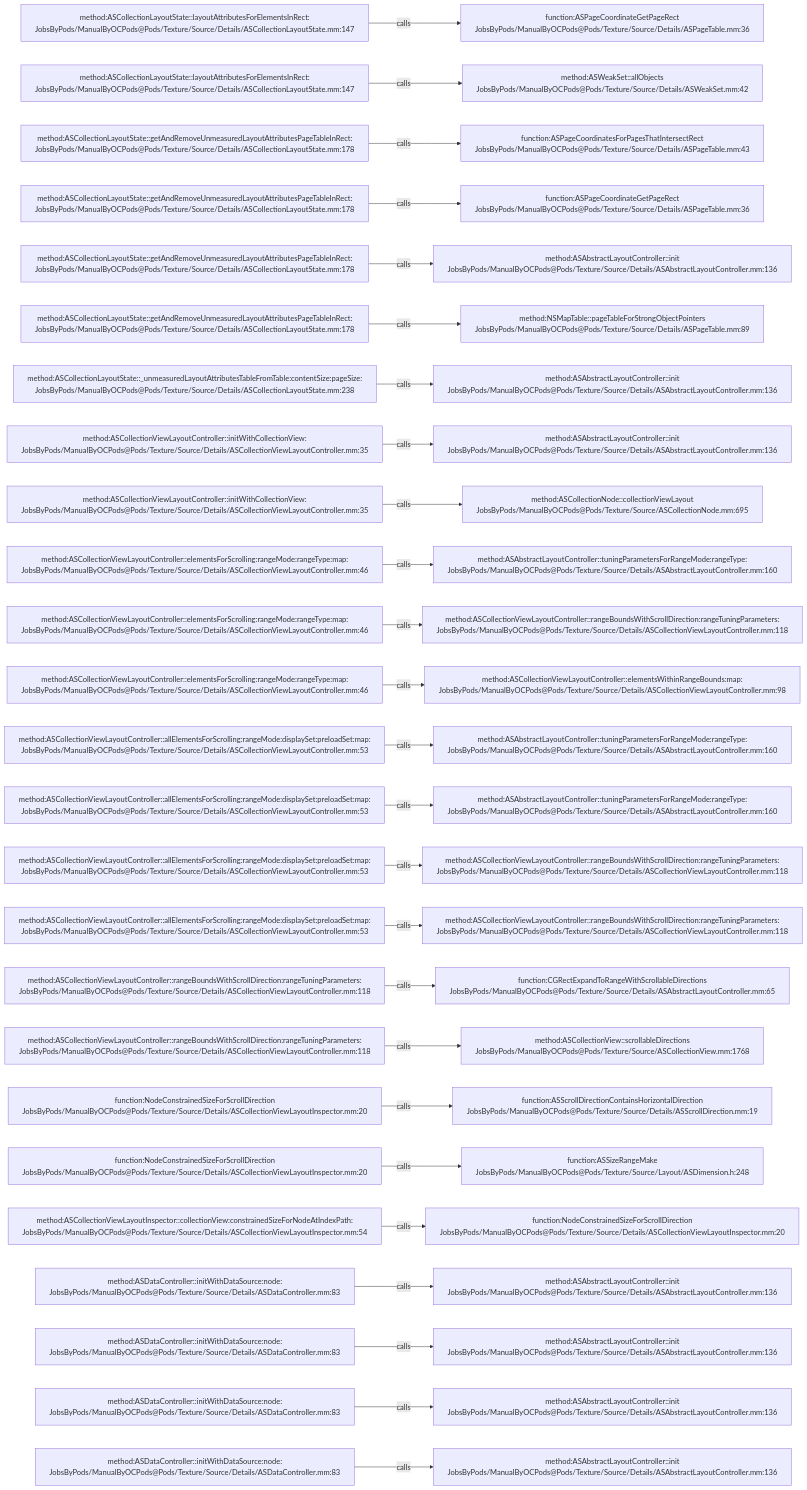
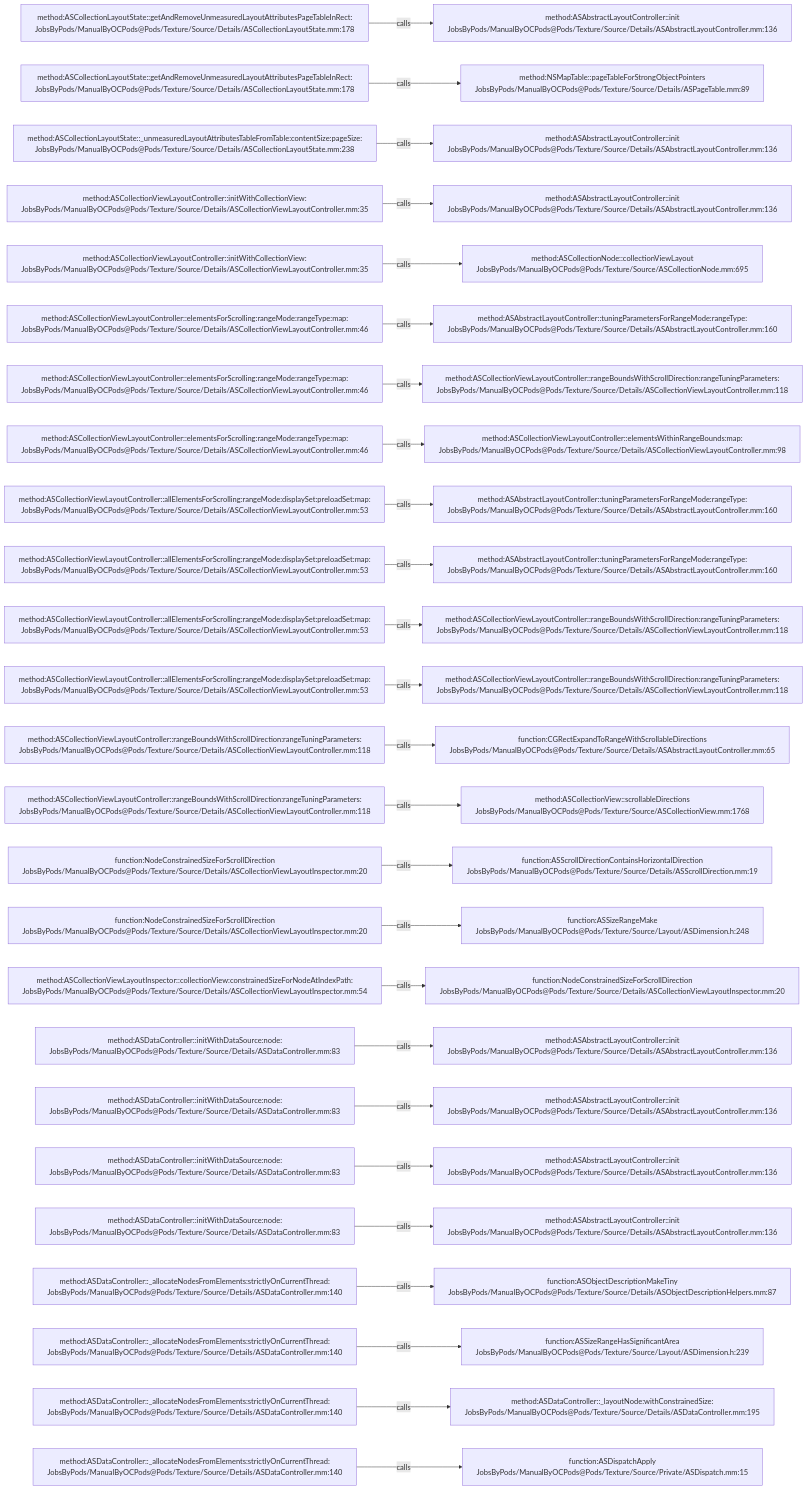
One commit to JobsKits/JobsOCBaseConfigDemo changed the diagram in .codegraph/codegraph.md/graphs/calls-151.md. Above: the diagram before and after it, drawn with Mermaid. The commit also changed 727 other files, not shown here.

````diff
--- a/.codegraph/codegraph.md/graphs/calls-151.md
+++ b/.codegraph/codegraph.md/graphs/calls-151.md
@@ -13,78 +13,78 @@
 ```mermaid
 flowchart LR
-  S1["method:ASCollectionLayoutState::layoutAttributesForElementsInRect:<br/>JobsByPods/ManualByOCPods@Pods/Texture/Source/Details/ASCollectionLayoutState.mm:147"]
-  T1["function:ASPageCoordinateGetPageRect<br/>JobsByPods/ManualByOCPods@Pods/Texture/Source/Details/ASPageTable.mm:36"]
+  S1["method:ASCollectionLayoutState::getAndRemoveUnmeasuredLayoutAttributesPageTableInRect:<br/>JobsByPods/ManualByOCPods@Pods/Texture/Source/Details/ASCollectionLayoutState.mm:178"]
+  T1["method:ASAbstractLayoutController::init<br/>JobsByPods/ManualByOCPods@Pods/Texture/Source/Details/ASAbstractLayoutController.mm:136"]
   S1 -->|calls| T1
-  S2["method:ASCollectionLayoutState::layoutAttributesForElementsInRect:<br/>JobsByPods/ManualByOCPods@Pods/Texture/Source/Details/ASCollectionLayoutState.mm:147"]
-  T2["method:ASWeakSet::allObjects<br/>JobsByPods/ManualByOCPods@Pods/Texture/Source/Details/ASWeakSet.mm:42"]
+  S2["method:ASCollectionLayoutState::getAndRemoveUnmeasuredLayoutAttributesPageTableInRect:<br/>JobsByPods/ManualByOCPods@Pods/Texture/Source/Details/ASCollectionLayoutState.mm:178"]
+  T2["method:NSMapTable::pageTableForStrongObjectPointers<br/>JobsByPods/ManualByOCPods@Pods/Texture/Source/Details/ASPageTable.mm:89"]
   S2 -->|calls| T2
-  S3["method:ASCollectionLayoutState::getAndRemoveUnmeasuredLayoutAttributesPageTableInRect:<br/>JobsByPods/ManualByOCPods@Pods/Texture/Source/Details/ASCollectionLayoutState.mm:178"]
-  T3["function:ASPageCoordinatesForPagesThatIntersectRect<br/>JobsByPods/ManualByOCPods@Pods/Texture/Source/Details/ASPageTable.mm:43"]
+  S3["method:ASCollectionLayoutState::_unmeasuredLayoutAttributesTableFromTable:contentSize:pageSize:<br/>JobsByPods/ManualByOCPods@Pods/Texture/Source/Details/ASCollectionLayoutState.mm:238"]
+  T3["method:ASAbstractLayoutController::init<br/>JobsByPods/ManualByOCPods@Pods/Texture/Source/Details/ASAbstractLayoutController.mm:136"]
   S3 -->|calls| T3
-  S4["method:ASCollectionLayoutState::getAndRemoveUnmeasuredLayoutAttributesPageTableInRect:<br/>JobsByPods/ManualByOCPods@Pods/Texture/Source/Details/ASCollectionLayoutState.mm:178"]
-  T4["function:ASPageCoordinateGetPageRect<br/>JobsByPods/ManualByOCPods@Pods/Texture/Source/Details/ASPageTable.mm:36"]
+  S4["method:ASCollectionViewLayoutController::initWithCollectionView:<br/>JobsByPods/ManualByOCPods@Pods/Texture/Source/Details/ASCollectionViewLayoutController.mm:35"]
+  T4["method:ASAbstractLayoutController::init<br/>JobsByPods/ManualByOCPods@Pods/Texture/Source/Details/ASAbstractLayoutController.mm:136"]
   S4 -->|calls| T4
-  S5["method:ASCollectionLayoutState::getAndRemoveUnmeasuredLayoutAttributesPageTableInRect:<br/>JobsByPods/ManualByOCPods@Pods/Texture/Source/Details/ASCollectionLayoutState.mm:178"]
-  T5["method:ASAbstractLayoutController::init<br/>JobsByPods/ManualByOCPods@Pods/Texture/Source/Details/ASAbstractLayoutController.mm:136"]
+  S5["method:ASCollectionViewLayoutController::initWithCollectionView:<br/>JobsByPods/ManualByOCPods@Pods/Texture/Source/Details/ASCollectionViewLayoutController.mm:35"]
+  T5["method:ASCollectionNode::collectionViewLayout<br/>JobsByPods/ManualByOCPods@Pods/Texture/Source/ASCollectionNode.mm:695"]
   S5 -->|calls| T5
-  S6["method:ASCollectionLayoutState::getAndRemoveUnmeasuredLayoutAttributesPageTableInRect:<br/>JobsByPods/ManualByOCPods@Pods/Texture/Source/Details/ASCollectionLayoutState.mm:178"]
-  T6["method:NSMapTable::pageTableForStrongObjectPointers<br/>JobsByPods/ManualByOCPods@Pods/Texture/Source/Details/ASPageTable.mm:89"]
+  S6["method:ASCollectionViewLayoutController::elementsForScrolling:rangeMode:rangeType:map:<br/>JobsByPods/ManualByOCPods@Pods/Texture/Source/Details/ASCollectionViewLayoutController.mm:46"]
+  T6["method:ASAbstractLayoutController::tuningParametersForRangeMode:rangeType:<br/>JobsByPods/ManualByOCPods@Pods/Texture/Source/Details/ASAbstractLayoutController.mm:160"]
   S6 -->|calls| T6
-  S7["method:ASCollectionLayoutState::_unmeasuredLayoutAttributesTableFromTable:contentSize:pageSize:<br/>JobsByPods/ManualByOCPods@Pods/Texture/Source/Details/ASCollectionLayoutState.mm:238"]
-  T7["method:ASAbstractLayoutController::init<br/>JobsByPods/ManualByOCPods@Pods/Texture/Source/Details/ASAbstractLayoutController.mm:136"]
+  S7["method:ASCollectionViewLayoutController::elementsForScrolling:rangeMode:rangeType:map:<br/>JobsByPods/ManualByOCPods@Pods/Texture/Source/Details/ASCollectionViewLayoutController.mm:46"]
+  T7["method:ASCollectionViewLayoutController::rangeBoundsWithScrollDirection:rangeTuningParameters:<br/>JobsByPods/ManualByOCPods@Pods/Texture/Source/Details/ASCollectionViewLayoutController.mm:118"]
   S7 -->|calls| T7
-  S8["method:ASCollectionViewLayoutController::initWithCollectionView:<br/>JobsByPods/ManualByOCPods@Pods/Texture/Source/Details/ASCollectionViewLayoutController.mm:35"]
-  T8["method:ASAbstractLayoutController::init<br/>JobsByPods/ManualByOCPods@Pods/Texture/Source/Details/ASAbstractLayoutController.mm:136"]
+  S8["method:ASCollectionViewLayoutController::elementsForScrolling:rangeMode:rangeType:map:<br/>JobsByPods/ManualByOCPods@Pods/Texture/Source/Details/ASCollectionViewLayoutController.mm:46"]
+  T8["method:ASCollectionViewLayoutController::elementsWithinRangeBounds:map:<br/>JobsByPods/ManualByOCPods@Pods/Texture/Source/Details/ASCollectionViewLayoutController.mm:98"]
   S8 -->|calls| T8
-  S9["method:ASCollectionViewLayoutController::initWithCollectionView:<br/>JobsByPods/ManualByOCPods@Pods/Texture/Source/Details/ASCollectionViewLayoutController.mm:35"]
-  T9["method:ASCollectionNode::collectionViewLayout<br/>JobsByPods/ManualByOCPods@Pods/Texture/Source/ASCollectionNode.mm:695"]
+  S9["method:ASCollectionViewLayoutController::allElementsForScrolling:rangeMode:displaySet:preloadSet:map:<br/>JobsByPods/ManualByOCPods@Pods/Texture/Source/Details/ASCollectionViewLayoutController.mm:53"]
+  T9["method:ASAbstractLayoutController::tuningParametersForRangeMode:rangeType:<br/>JobsByPods/ManualByOCPods@Pods/Texture/Source/Details/ASAbstractLayoutController.mm:160"]
   S9 -->|calls| T9
-  S10["method:ASCollectionViewLayoutController::elementsForScrolling:rangeMode:rangeType:map:<br/>JobsByPods/ManualByOCPods@Pods/Texture/Source/Details/ASCollectionViewLayoutController.mm:46"]
+  S10["method:ASCollectionViewLayoutController::allElementsForScrolling:rangeMode:displaySet:preloadSet:map:<br/>JobsByPods/ManualByOCPods@Pods/Texture/Source/Details/ASCollectionViewLayoutController.mm:53"]
   T10["method:ASAbstractLayoutController::tuningParametersForRangeMode:rangeType:<br/>JobsByPods/ManualByOCPods@Pods/Texture/Source/Details/ASAbstractLayoutController.mm:160"]
   S10 -->|calls| T10
-  S11["method:ASCollectionViewLayoutController::elementsForScrolling:rangeMode:rangeType:map:<br/>JobsByPods/ManualByOCPods@Pods/Texture/Source/Details/ASCollectionViewLayoutController.mm:46"]
+  S11["method:ASCollectionViewLayoutController::allElementsForScrolling:rangeMode:displaySet:preloadSet:map:<br/>JobsByPods/ManualByOCPods@Pods/Texture/Source/Details/ASCollectionViewLayoutController.mm:53"]
   T11["method:ASCollectionViewLayoutController::rangeBoundsWithScrollDirection:rangeTuningParameters:<br/>JobsByPods/ManualByOCPods@Pods/Texture/Source/Details/ASCollectionViewLayoutController.mm:118"]
   S11 -->|calls| T11
-  S12["method:ASCollectionViewLayoutController::elementsForScrolling:rangeMode:rangeType:map:<br/>JobsByPods/ManualByOCPods@Pods/Texture/Source/Details/ASCollectionViewLayoutController.mm:46"]
-  T12["method:ASCollectionViewLayoutController::elementsWithinRangeBounds:map:<br/>JobsByPods/ManualByOCPods@Pods/Texture/Source/Details/ASCollectionViewLayoutController.mm:98"]
+  S12["method:ASCollectionViewLayoutController::allElementsForScrolling:rangeMode:displaySet:preloadSet:map:<br/>JobsByPods/ManualByOCPods@Pods/Texture/Source/Details/ASCollectionViewLayoutController.mm:53"]
+  T12["method:ASCollectionViewLayoutController::rangeBoundsWithScrollDirection:rangeTuningParameters:<br/>JobsByPods/ManualByOCPods@Pods/Texture/Source/Details/ASCollectionViewLayoutController.mm:118"]
   S12 -->|calls| T12
-  S13["method:ASCollectionViewLayoutController::allElementsForScrolling:rangeMode:displaySet:preloadSet:map:<br/>JobsByPods/ManualByOCPods@Pods/Texture/Source/Details/ASCollectionViewLayoutController.mm:53"]
-  T13["method:ASAbstractLayoutController::tuningParametersForRangeMode:rangeType:<br/>JobsByPods/ManualByOCPods@Pods/Texture/Source/Details/ASAbstractLayoutController.mm:160"]
+  S13["method:ASCollectionViewLayoutController::rangeBoundsWithScrollDirection:rangeTuningParameters:<br/>JobsByPods/ManualByOCPods@Pods/Texture/Source/Details/ASCollectionViewLayoutController.mm:118"]
+  T13["function:CGRectExpandToRangeWithScrollableDirections<br/>JobsByPods/ManualByOCPods@Pods/Texture/Source/Details/ASAbstractLayoutController.mm:65"]
   S13 -->|calls| T13
-  S14["method:ASCollectionViewLayoutController::allElementsForScrolling:rangeMode:displaySet:preloadSet:map:<br/>JobsByPods/ManualByOCPods@Pods/Texture/Source/Details/ASCollectionViewLayoutController.mm:53"]
-  T14["method:ASAbstractLayoutController::tuningParametersForRangeMode:rangeType:<br/>JobsByPods/ManualByOCPods@Pods/Texture/Source/Details/ASAbstractLayoutController.mm:160"]
+  S14["method:ASCollectionViewLayoutController::rangeBoundsWithScrollDirection:rangeTuningParameters:<br/>JobsByPods/ManualByOCPods@Pods/Texture/Source/Details/ASCollectionViewLayoutController.mm:118"]
+  T14["method:ASCollectionView::scrollableDirections<br/>JobsByPods/ManualByOCPods@Pods/Texture/Source/ASCollectionView.mm:1768"]
   S14 -->|calls| T14
-  S15["method:ASCollectionViewLayoutController::allElementsForScrolling:rangeMode:displaySet:preloadSet:map:<br/>JobsByPods/ManualByOCPods@Pods/Texture/Source/Details/ASCollectionViewLayoutController.mm:53"]
-  T15["method:ASCollectionViewLayoutController::rangeBoundsWithScrollDirection:rangeTuningParameters:<br/>JobsByPods/ManualByOCPods@Pods/Texture/Source/Details/ASCollectionViewLayoutController.mm:118"]
+  S15["function:NodeConstrainedSizeForScrollDirection<br/>JobsByPods/ManualByOCPods@Pods/Texture/Source/Details/ASCollectionViewLayoutInspector.mm:20"]
+  T15["function:ASScrollDirectionContainsHorizontalDirection<br/>JobsByPods/ManualByOCPods@Pods/Texture/Source/Details/ASScrollDirection.mm:19"]
   S15 -->|calls| T15
-  S16["method:ASCollectionViewLayoutController::allElementsForScrolling:rangeMode:displaySet:preloadSet:map:<br/>JobsByPods/ManualByOCPods@Pods/Texture/Source/Details/ASCollectionViewLayoutController.mm:53"]
-  T16["method:ASCollectionViewLayoutController::rangeBoundsWithScrollDirection:rangeTuningParameters:<br/>JobsByPods/ManualByOCPods@Pods/Texture/Source/Details/ASCollectionViewLayoutController.mm:118"]
+  S16["function:NodeConstrainedSizeForScrollDirection<br/>JobsByPods/ManualByOCPods@Pods/Texture/Source/Details/ASCollectionViewLayoutInspector.mm:20"]
+  T16["function:ASSizeRangeMake<br/>JobsByPods/ManualByOCPods@Pods/Texture/Source/Layout/ASDimension.h:248"]
   S16 -->|calls| T16
-  S17["method:ASCollectionViewLayoutController::rangeBoundsWithScrollDirection:rangeTuningParameters:<br/>JobsByPods/ManualByOCPods@Pods/Texture/Source/Details/ASCollectionViewLayoutController.mm:118"]
-  T17["function:CGRectExpandToRangeWithScrollableDirections<br/>JobsByPods/ManualByOCPods@Pods/Texture/Source/Details/ASAbstractLayoutController.mm:65"]
+  S17["method:ASCollectionViewLayoutInspector::collectionView:constrainedSizeForNodeAtIndexPath:<br/>JobsByPods/ManualByOCPods@Pods/Texture/Source/Details/ASCollectionViewLayoutInspector.mm:54"]
+  T17["function:NodeConstrainedSizeForScrollDirection<br/>JobsByPods/ManualByOCPods@Pods/Texture/Source/Details/ASCollectionViewLayoutInspector.mm:20"]
   S17 -->|calls| T17
-  S18["method:ASCollectionViewLayoutController::rangeBoundsWithScrollDirection:rangeTuningParameters:<br/>JobsByPods/ManualByOCPods@Pods/Texture/Source/Details/ASCollectionViewLayoutController.mm:118"]
-  T18["method:ASCollectionView::scrollableDirections<br/>JobsByPods/ManualByOCPods@Pods/Texture/Source/ASCollectionView.mm:1768"]
+  S18["method:ASDataController::initWithDataSource:node:<br/>JobsByPods/ManualByOCPods@Pods/Texture/Source/Details/ASDataController.mm:83"]
+  T18["method:ASAbstractLayoutController::init<br/>JobsByPods/ManualByOCPods@Pods/Texture/Source/Details/ASAbstractLayoutController.mm:136"]
   S18 -->|calls| T18
-  S19["function:NodeConstrainedSizeForScrollDirection<br/>JobsByPods/ManualByOCPods@Pods/Texture/Source/Details/ASCollectionViewLayoutInspector.mm:20"]
-  T19["function:ASScrollDirectionContainsHorizontalDirection<br/>JobsByPods/ManualByOCPods@Pods/Texture/Source/Details/ASScrollDirection.mm:19"]
+  S19["method:ASDataController::initWithDataSource:node:<br/>JobsByPods/ManualByOCPods@Pods/Texture/Source/Details/ASDataController.mm:83"]
+  T19["method:ASAbstractLayoutController::init<br/>JobsByPods/ManualByOCPods@Pods/Texture/Source/Details/ASAbstractLayoutController.mm:136"]
   S19 -->|calls| T19
-  S20["function:NodeConstrainedSizeForScrollDirection<br/>JobsByPods/ManualByOCPods@Pods/Texture/Source/Details/ASCollectionViewLayoutInspector.mm:20"]
-  T20["function:ASSizeRangeMake<br/>JobsByPods/ManualByOCPods@Pods/Texture/Source/Layout/ASDimension.h:248"]
+  S20["method:ASDataController::initWithDataSource:node:<br/>JobsByPods/ManualByOCPods@Pods/Texture/Source/Details/ASDataController.mm:83"]
+  T20["method:ASAbstractLayoutController::init<br/>JobsByPods/ManualByOCPods@Pods/Texture/Source/Details/ASAbstractLayoutController.mm:136"]
   S20 -->|calls| T20
-  S21["method:ASCollectionViewLayoutInspector::collectionView:constrainedSizeForNodeAtIndexPath:<br/>JobsByPods/ManualByOCPods@Pods/Texture/Source/Details/ASCollectionViewLayoutInspector.mm:54"]
-  T21["function:NodeConstrainedSizeForScrollDirection<br/>JobsByPods/ManualByOCPods@Pods/Texture/Source/Details/ASCollectionViewLayoutInspector.mm:20"]
+  S21["method:ASDataController::initWithDataSource:node:<br/>JobsByPods/ManualByOCPods@Pods/Texture/Source/Details/ASDataController.mm:83"]
+  T21["method:ASAbstractLayoutController::init<br/>JobsByPods/ManualByOCPods@Pods/Texture/Source/Details/ASAbstractLayoutController.mm:136"]
   S21 -->|calls| T21
-  S22["method:ASDataController::initWithDataSource:node:<br/>JobsByPods/ManualByOCPods@Pods/Texture/Source/Details/ASDataController.mm:83"]
-  T22["method:ASAbstractLayoutController::init<br/>JobsByPods/ManualByOCPods@Pods/Texture/Source/Details/ASAbstractLayoutController.mm:136"]
+  S22["method:ASDataController::_allocateNodesFromElements:strictlyOnCurrentThread:<br/>JobsByPods/ManualByOCPods@Pods/Texture/Source/Details/ASDataController.mm:140"]
+  T22["function:ASObjectDescriptionMakeTiny<br/>JobsByPods/ManualByOCPods@Pods/Texture/Source/Details/ASObjectDescriptionHelpers.mm:87"]
   S22 -->|calls| T22
-  S23["method:ASDataController::initWithDataSource:node:<br/>JobsByPods/ManualByOCPods@Pods/Texture/Source/Details/ASDataController.mm:83"]
-  T23["method:ASAbstractLayoutController::init<br/>JobsByPods/ManualByOCPods@Pods/Texture/Source/Details/ASAbstractLayoutController.mm:136"]
+  S23["method:ASDataController::_allocateNodesFromElements:strictlyOnCurrentThread:<br/>JobsByPods/ManualByOCPods@Pods/Texture/Source/Details/ASDataController.mm:140"]
+  T23["function:ASSizeRangeHasSignificantArea<br/>JobsByPods/ManualByOCPods@Pods/Texture/Source/Layout/ASDimension.h:239"]
   S23 -->|calls| T23
-  S24["method:ASDataController::initWithDataSource:node:<br/>JobsByPods/ManualByOCPods@Pods/Texture/Source/Details/ASDataController.mm:83"]
-  T24["method:ASAbstractLayoutController::init<br/>JobsByPods/ManualByOCPods@Pods/Texture/Source/Details/ASAbstractLayoutController.mm:136"]
+  S24["method:ASDataController::_allocateNodesFromElements:strictlyOnCurrentThread:<br/>JobsByPods/ManualByOCPods@Pods/Texture/Source/Details/ASDataController.mm:140"]
+  T24["method:ASDataController::_layoutNode:withConstrainedSize:<br/>JobsByPods/ManualByOCPods@Pods/Texture/Source/Details/ASDataController.mm:195"]
   S24 -->|calls| T24
-  S25["method:ASDataController::initWithDataSource:node:<br/>JobsByPods/ManualByOCPods@Pods/Texture/Source/Details/ASDataController.mm:83"]
-  T25["method:ASAbstractLayoutController::init<br/>JobsByPods/ManualByOCPods@Pods/Texture/Source/Details/ASAbstractLayoutController.mm:136"]
+  S25["method:ASDataController::_allocateNodesFromElements:strictlyOnCurrentThread:<br/>JobsByPods/ManualByOCPods@Pods/Texture/Source/Details/ASDataController.mm:140"]
+  T25["function:ASDispatchApply<br/>JobsByPods/ManualByOCPods@Pods/Texture/Source/Private/ASDispatch.mm:15"]
   S25 -->|calls| T25
 ```
````
